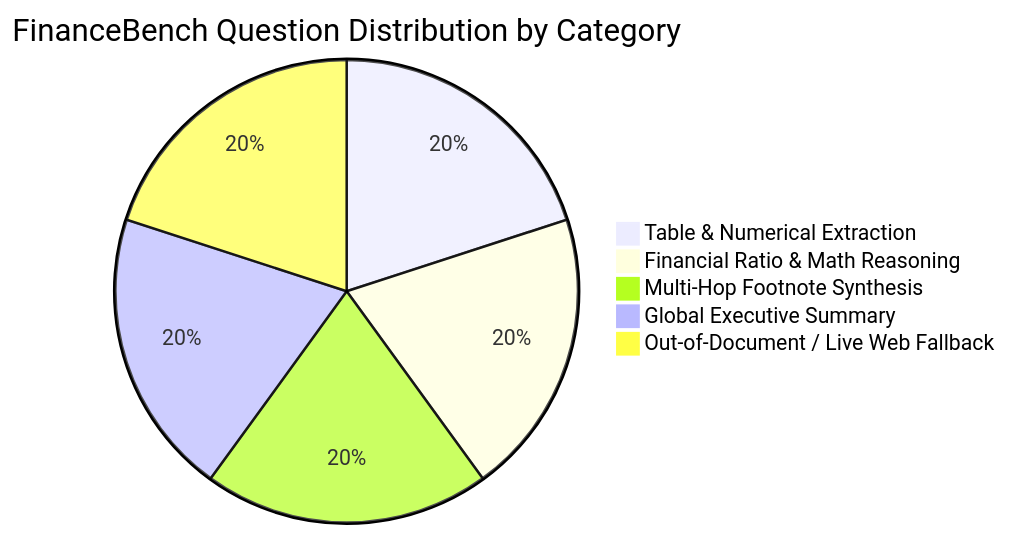
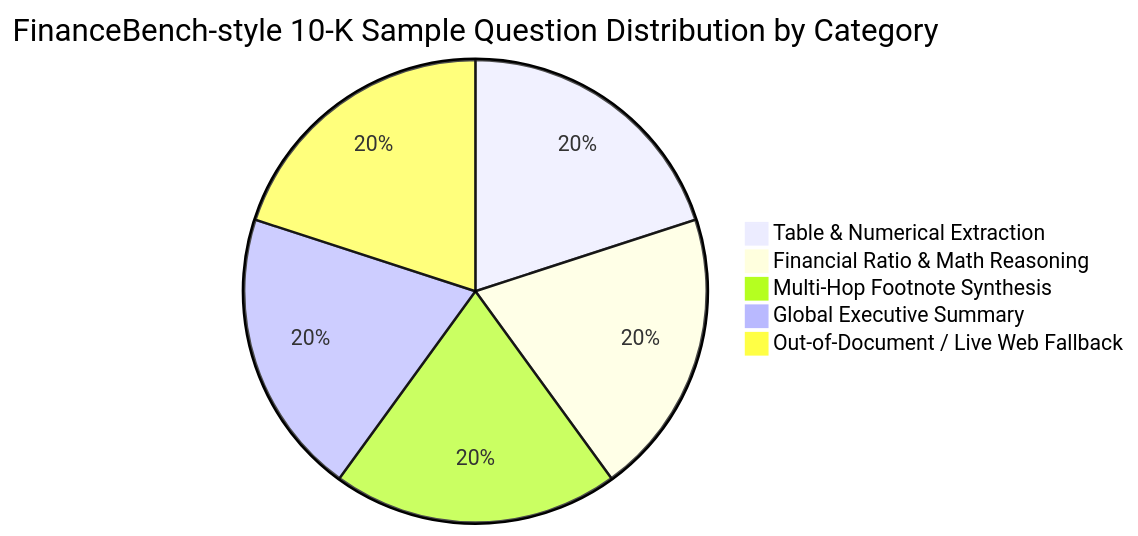
Before and after one commit to amerelfalwo/pageindex_RAG: the third of 3 diagrams in README.md, drawn with Mermaid. The commit also changed other lines of this file, not shown here.

````diff
--- a/README.md
+++ b/README.md
@@ -290,8 +290,8 @@
 ```mermaid
-pie title FinanceBench Question Distribution by Category
+pie title FinanceBench-style 10-K Sample Question Distribution by Category
     "Table & Numerical Extraction" : 3
     "Financial Ratio & Math Reasoning" : 3
     "Multi-Hop Footnote Synthesis" : 3
     "Global Executive Summary" : 3
     "Out-of-Document / Live Web Fallback" : 3
 ```
````
